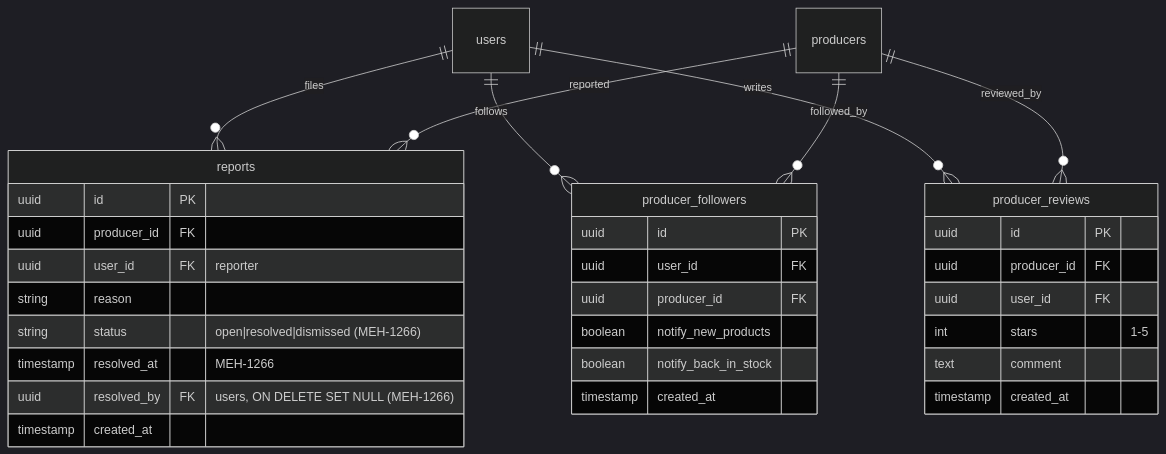
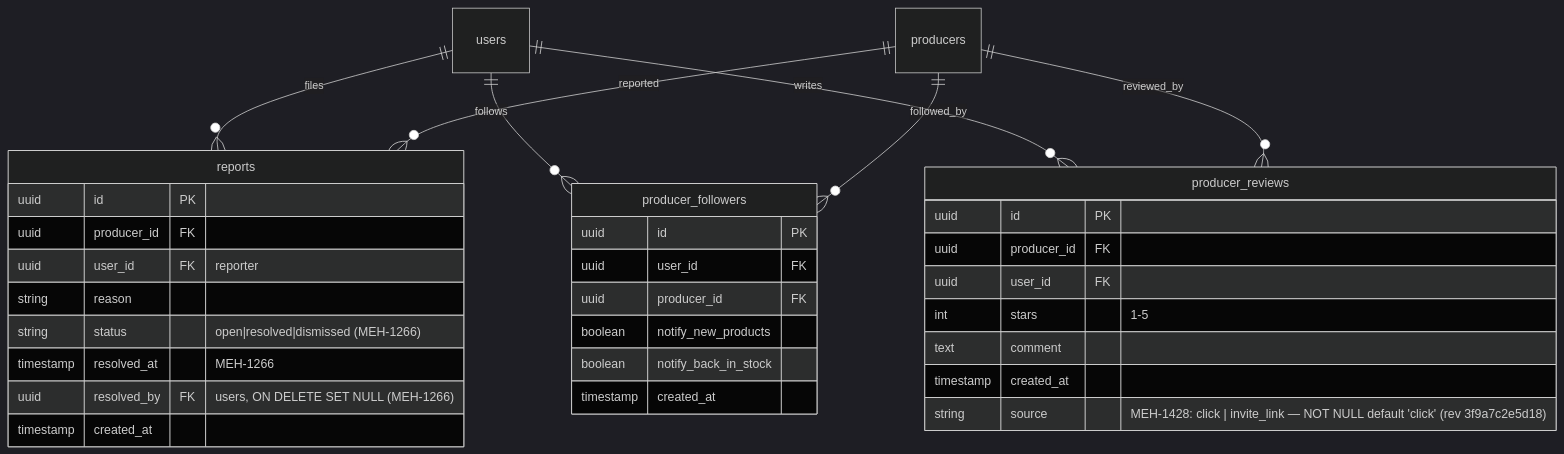
The third of 4 diagrams in .ai/diagrams/db-schema.md (levismadar80-ship-it/FoodMamkor), drawn with Mermaid (dark theme) before and after one commit. The commit also changed 12 other files, not shown here.

````diff
--- a/.ai/diagrams/db-schema.md
+++ b/.ai/diagrams/db-schema.md
@@ -264,38 +264,39 @@
 ```mermaid
 erDiagram
     users ||--o{ reports : "files"
     users ||--o{ producer_followers : "follows"
     users ||--o{ producer_reviews : "writes"
     producers ||--o{ reports : "reported"
     producers ||--o{ producer_followers : "followed_by"
     producers ||--o{ producer_reviews : "reviewed_by"
 
     reports {
         uuid id PK
         uuid producer_id FK
         uuid user_id FK "reporter"
         string reason
         string status "open|resolved|dismissed (MEH-1266)"
         timestamp resolved_at "MEH-1266"
         uuid resolved_by FK "users, ON DELETE SET NULL (MEH-1266)"
         timestamp created_at
     }
 
     producer_followers {
         uuid id PK
         uuid user_id FK
         uuid producer_id FK
         boolean notify_new_products
         boolean notify_back_in_stock
         timestamp created_at
     }
 
     producer_reviews {
         uuid id PK
         uuid producer_id FK
         uuid user_id FK
         int stars "1-5"
         text comment
         timestamp created_at
+        string source "MEH-1428: click | invite_link — NOT NULL default 'click' (rev 3f9a7c2e5d18)"
     }
 ```
````
